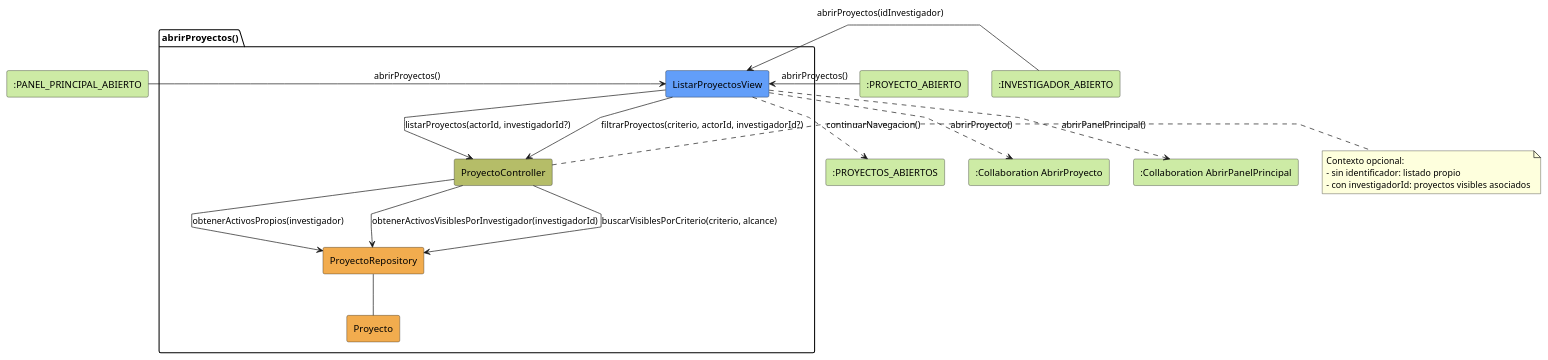
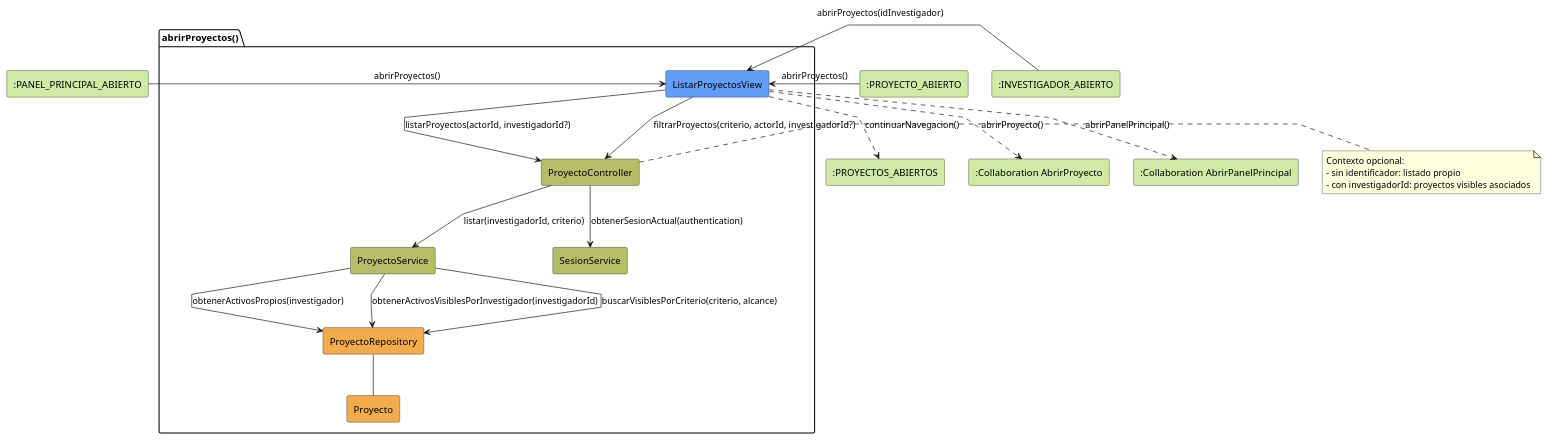
One commit to beatriizorozco/25-26-idsw2-sdVC changed the diagram in RUP/01-analisis/casos-uso/investigador/abrirProyectos/colaboracion.puml. Above: the diagram before and after it, drawn with PlantUML. The commit also changed 71 other files, not shown here.

```diff
--- a/RUP/01-analisis/casos-uso/investigador/abrirProyectos/colaboracion.puml
+++ b/RUP/01-analisis/casos-uso/investigador/abrirProyectos/colaboracion.puml
@@ -1,37 +1,41 @@
 @startuml abrirProyectos-analisis
 skinparam linetype polyline
 
 rectangle #CDEBA5 ":PANEL_PRINCIPAL_ABIERTO" as EstadoEntrada1
 rectangle #CDEBA5 ":PROYECTO_ABIERTO" as EstadoEntrada2
 rectangle #CDEBA5 ":INVESTIGADOR_ABIERTO" as EstadoEntrada3
 package abrirProyectos as "abrirProyectos()" {
     rectangle #629EF9 ListarProyectosView
     rectangle #b5bd68 ProyectoController
+    rectangle #b5bd68 ProyectoService
+    rectangle #b5bd68 SesionService
     rectangle #F2AC4E ProyectoRepository
     rectangle #F2AC4E Proyecto
 }
 
 rectangle #CDEBA5 ":PROYECTOS_ABIERTOS" as EstadoSalida
 rectangle #CDEBA5 ":Collaboration AbrirProyecto" as AbrirProyecto
 rectangle #CDEBA5 ":Collaboration AbrirPanelPrincipal" as AbrirPanelPrincipal
 
 EstadoEntrada1 -r-> ListarProyectosView: abrirProyectos()
 EstadoEntrada2 -r-> ListarProyectosView: abrirProyectos()
 EstadoEntrada3 -r-> ListarProyectosView: abrirProyectos(idInvestigador)
 
 ListarProyectosView -d-> ProyectoController: listarProyectos(actorId, investigadorId?)
-ProyectoController --> ProyectoRepository: obtenerActivosPropios(investigador)
-ProyectoController --> ProyectoRepository: obtenerActivosVisiblesPorInvestigador(investigadorId)
+ProyectoController --> ProyectoService: listar(investigadorId, criterio)
+ProyectoController --> SesionService: obtenerSesionActual(authentication)
+ProyectoService --> ProyectoRepository: obtenerActivosPropios(investigador)
+ProyectoService --> ProyectoRepository: obtenerActivosVisiblesPorInvestigador(investigadorId)
 ListarProyectosView --> ProyectoController: filtrarProyectos(criterio, actorId, investigadorId?)
-ProyectoController --> ProyectoRepository: buscarVisiblesPorCriterio(criterio, alcance)
+ProyectoService --> ProyectoRepository: buscarVisiblesPorCriterio(criterio, alcance)
 ProyectoRepository -- Proyecto
 note right of ProyectoController
 Contexto opcional:
 - sin identificador: listado propio
 - con investigadorId: proyectos visibles asociados
 end note
 ListarProyectosView ..> EstadoSalida: continuarNavegacion()
 ListarProyectosView ..> AbrirProyecto: abrirProyecto()
 ListarProyectosView ..> AbrirPanelPrincipal: abrirPanelPrincipal()
 
 @enduml
```
